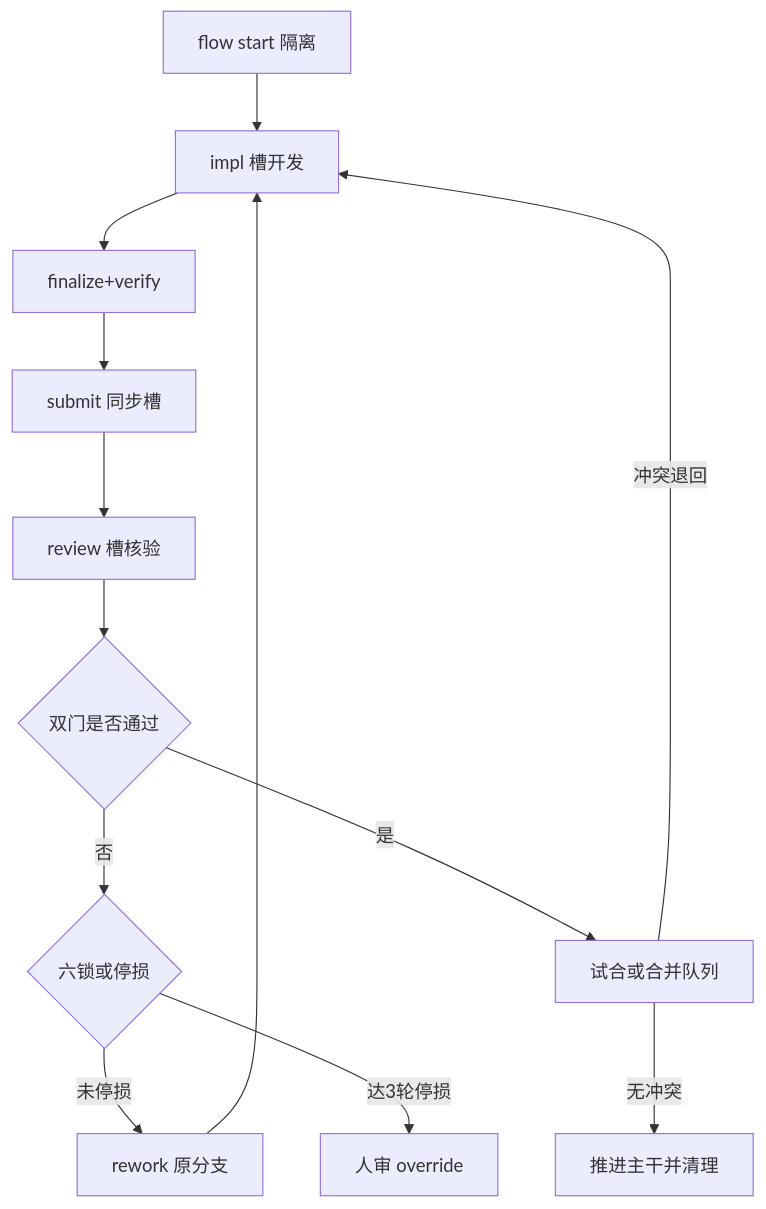
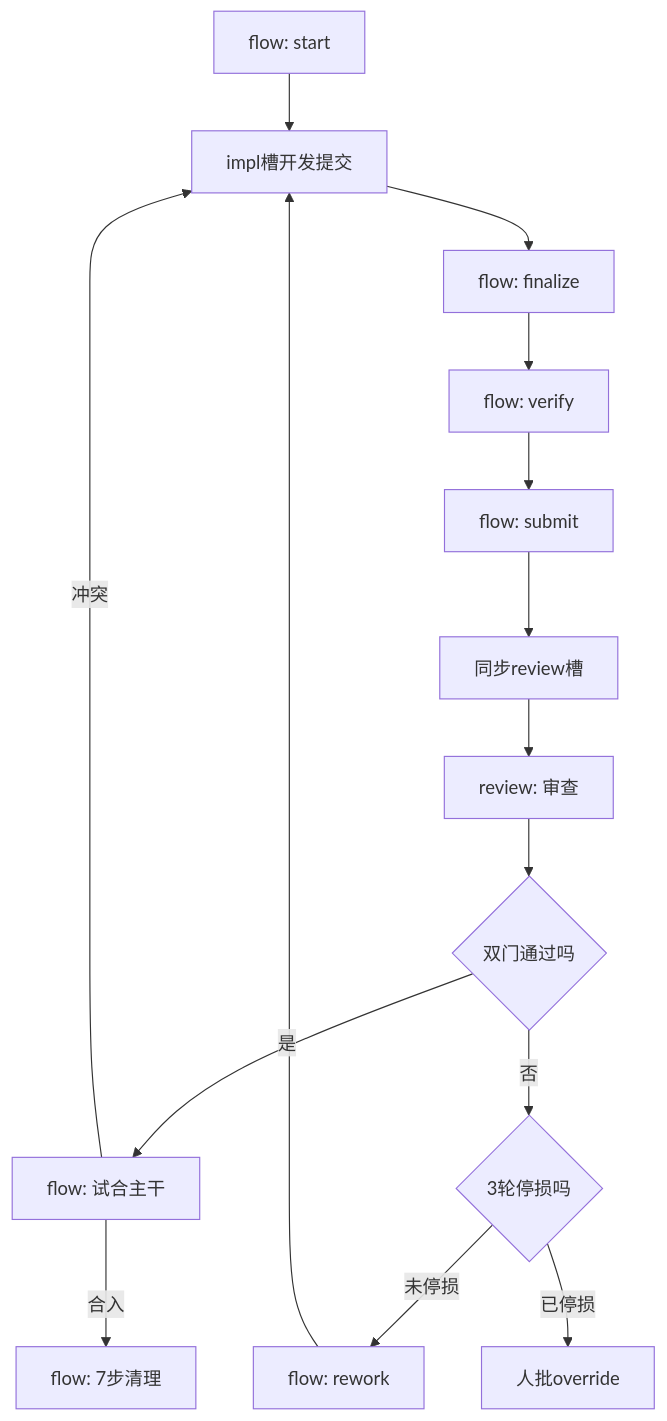
One commit to FiretrUCK666/project-forge changed the sixth of 6 diagrams in docs/TDD.md. Above: the diagram before and after it, drawn with Mermaid. The commit also changed other lines of this file and 8 other files, not shown here.

Commit message:
优化 README 安装直链与架构图解，清理 TDD 过时版本并新增常青文档保鲜门禁

````diff
--- a/docs/TDD.md
+++ b/docs/TDD.md
@@ -293,15 +320,17 @@
 ```mermaid
 flowchart TD
-  Start["flow start 隔离"] --> ImplWt["impl 槽开发"]
-  ImplWt --> Fin["finalize+verify"]
-  Fin --> Sub["submit 同步槽"]
-  Sub --> RevWt["review 槽核验"]
-  RevWt --> Gates{"双门是否通过"}
-  Gates -- "否" --> Lock{"六锁或停损"}
-  Lock -- "未停损" --> Rework["rework 原分支"]
-  Rework --> ImplWt
-  Lock -- "达3轮停损" --> Escalate["人审 override"]
-  Gates -- "是" --> Queue["试合或合并队列"]
-  Queue -- "冲突退回" --> ImplWt
-  Queue -- "无冲突" --> Done["推进主干并清理"]
+  Start["flow: start"] --> ImplWt["impl槽开发提交"]
+  ImplWt --> Fin["flow: finalize"]
+  Fin --> Ver["flow: verify"]
+  Ver --> Sub["flow: submit"]
+  Sub --> SyncRev["同步review槽"]
+  SyncRev --> Pack["review: 审查"]
+  Pack --> Check{"双门通过吗"}
+  Check -- "是" --> Queue["flow: 试合主干"]
+  Queue -- "冲突" --> ImplWt
+  Queue -- "合入" --> Clean["flow: 7步清理"]
+  Check -- "否" --> Lock{"3轮停损吗"}
+  Lock -- "未停损" --> Rew["flow: rework"]
+  Rew --> ImplWt
+  Lock -- "已停损" --> Ask["人批override"]
 ```
````
